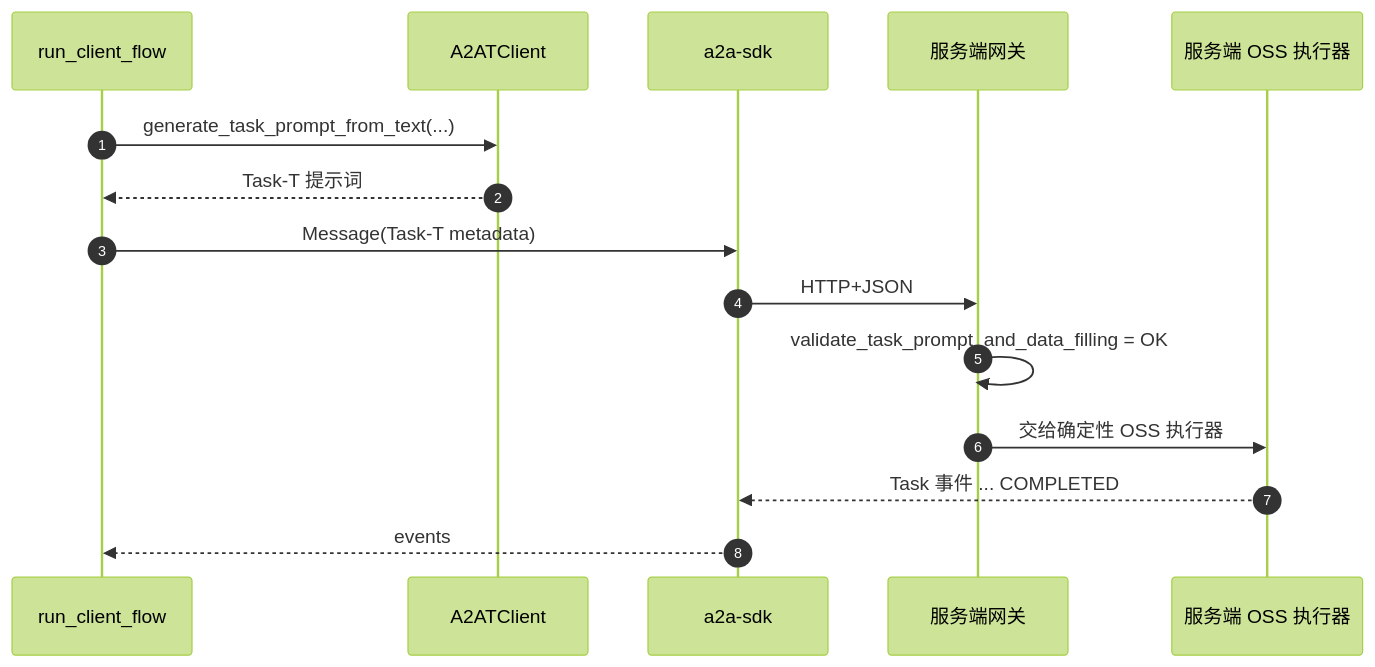
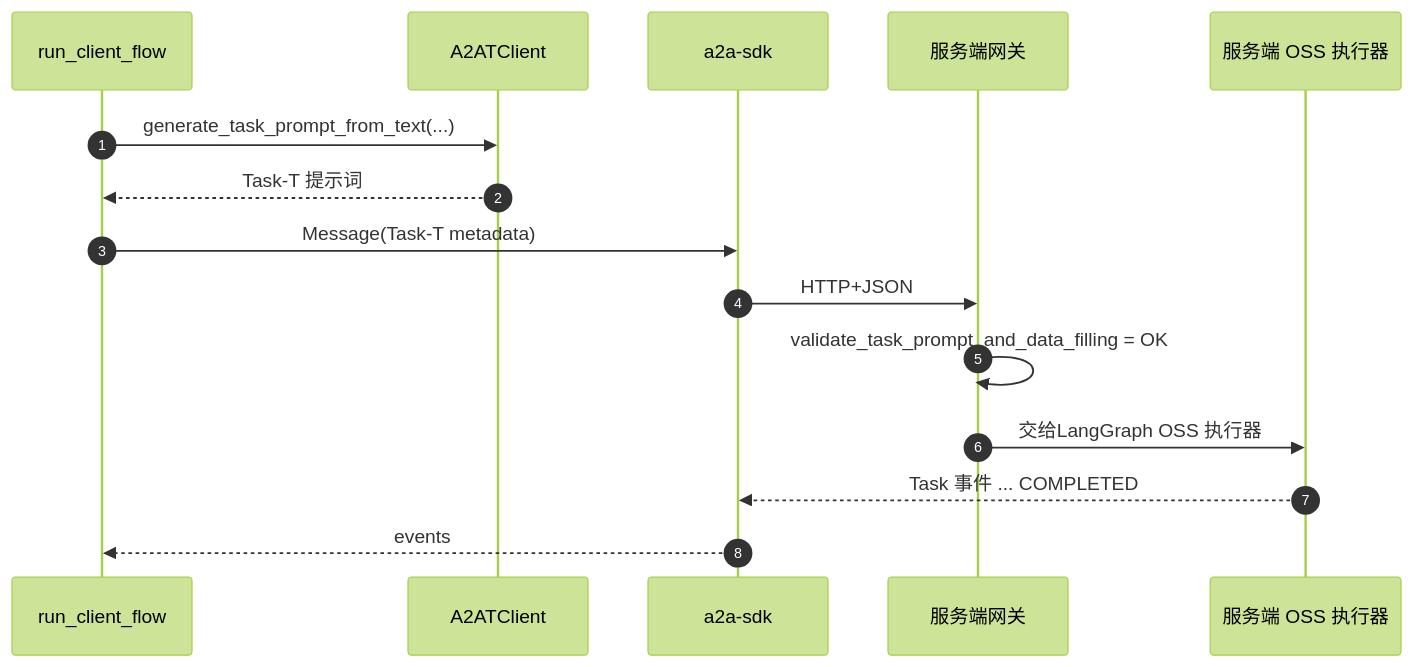
One commit to codetalks-hw/a2a-t-sdk-python changed the fourth of 8 diagrams in a2a-t-sample/ran-energy-saving/README-zh.md. Above: the diagram before and after it, drawn with Mermaid (forest theme). The commit also changed other lines of this file and 33 other files, not shown here.

````diff
--- a/a2a-t-sample/ran-energy-saving/README-zh.md
+++ b/a2a-t-sample/ran-energy-saving/README-zh.md
@@ -187,17 +209,17 @@
 ```mermaid
 sequenceDiagram
     autonumber
     participant F as run_client_flow
     participant T as A2ATClient
     participant A as a2a-sdk
     participant G as 服务端网关
     participant X as 服务端 OSS 执行器
     F->>T: generate_task_prompt_from_text(...)
     T-->>F: Task-T 提示词
     F->>A: Message(Task-T metadata)
     A->>G: HTTP+JSON
     G->>G: validate_task_prompt_and_data_filling = OK
-    G->>X: 交给确定性 OSS 执行器
+    G->>X: 交给LangGraph OSS 执行器
     X-->>A: Task 事件 ... COMPLETED
     A-->>F: events
 ```
````
